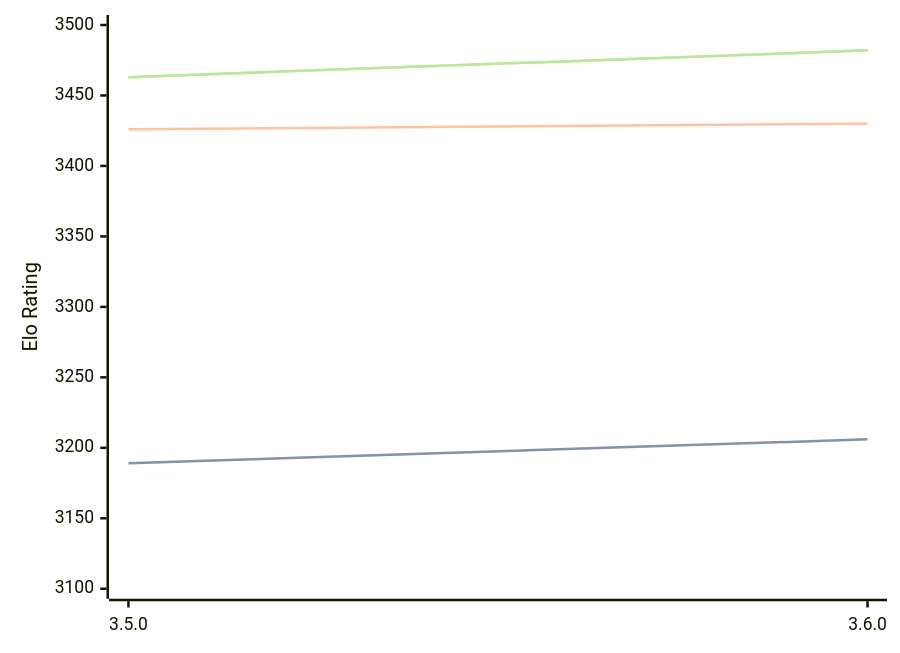
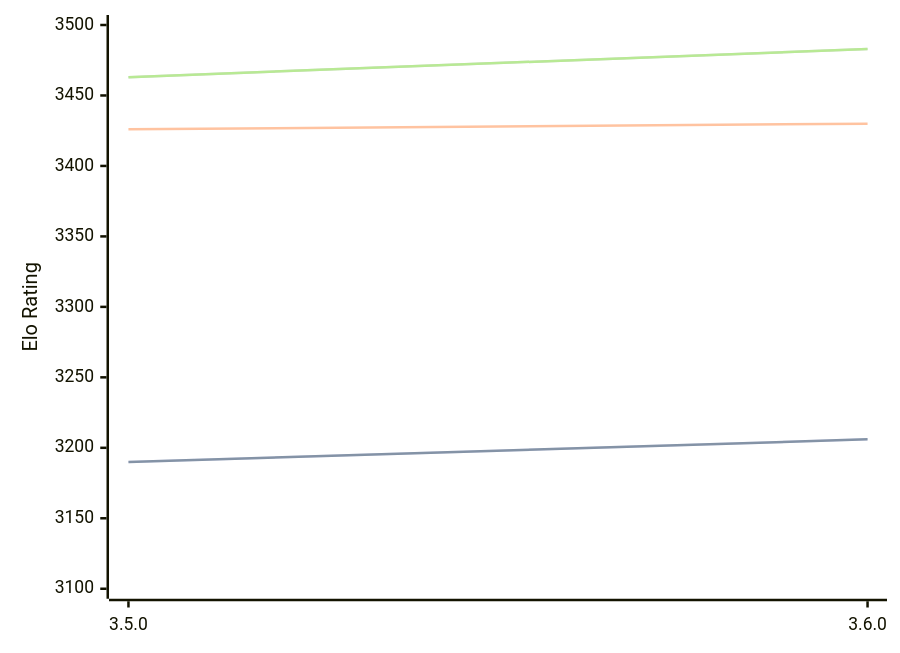
The diagram in engines/Igel.md (computer-chess-index/cci), drawn with Mermaid before and after one commit. The commit also changed other lines of this file, not shown here.

Commit message:
Update CCI Ratings (ELO VLTC) - 2026-04-03

````diff
--- a/engines/Igel.md
+++ b/engines/Igel.md
@@ -68,11 +68,11 @@
 ```mermaid
 %%{init: {"theme":"base","themeVariables":{"seriesColors:['#a3a3a3','#222221','#faa371']}}}%%
 xychart-beta
   x-axis ["3.5.0", "3.6.0"]
   y-axis "Elo Rating" 3100 --> 3500
-  line "STC (8.0+0.08s)" [3189, 3206]
-  line "STC (8.0+0.08s)" [3189, 3206]
+  line "STC (8.0+0.08s)" [3190, 3206]
+  line "STC (8.0+0.08s)" [3190, 3206]
   line "LTC (60.0+0.60s)" [3426, 3430]
-  line "VLTC (2m24s+1.12s)" [3463, 3482]
-  line "VLTC (2m24s+1.12s)" [3463, 3482]
+  line "VLTC (2m24s+1.12s)" [3463, 3483]
+  line "VLTC (2m24s+1.12s)" [3463, 3483]
 ```
````
